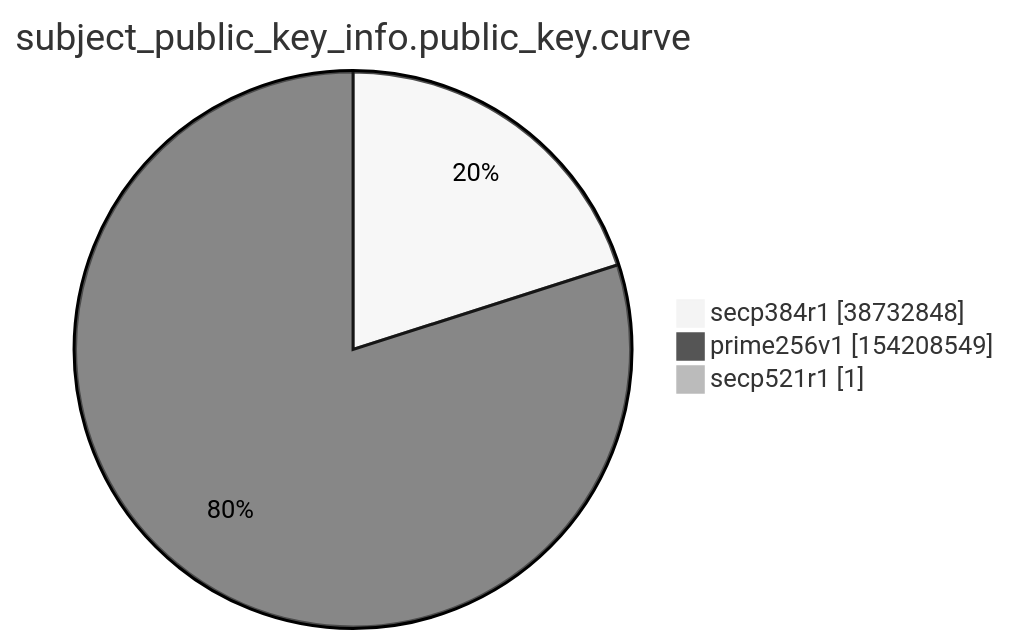
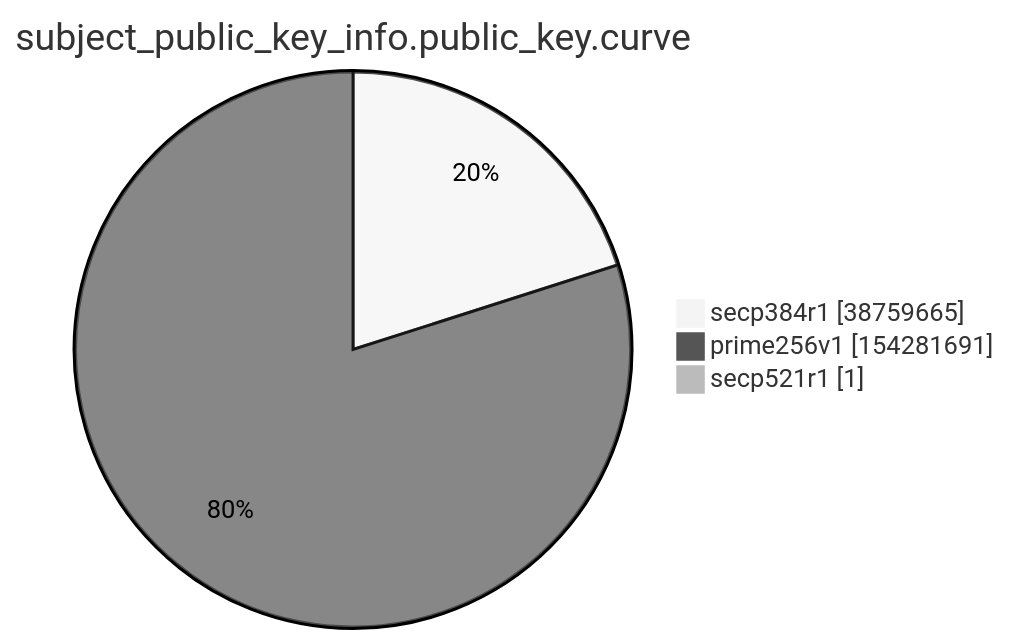
The ninth of 15 diagrams in xenon2022/README.md (christiankrug/ctmonitor_visualization), drawn with Mermaid (neutral theme) before and after one commit. The commit also changed other lines of this file, not shown here.

````diff
--- a/xenon2022/README.md
+++ b/xenon2022/README.md
@@ -2863,7 +2863,7 @@
 ```mermaid
 pie showData
 title subject_public_key_info.public_key.curve
-"secp384r1" :38732848
-"prime256v1" :154208549
+"secp384r1" :38759665
+"prime256v1" :154281691
 "secp521r1" :1
 ```
````
